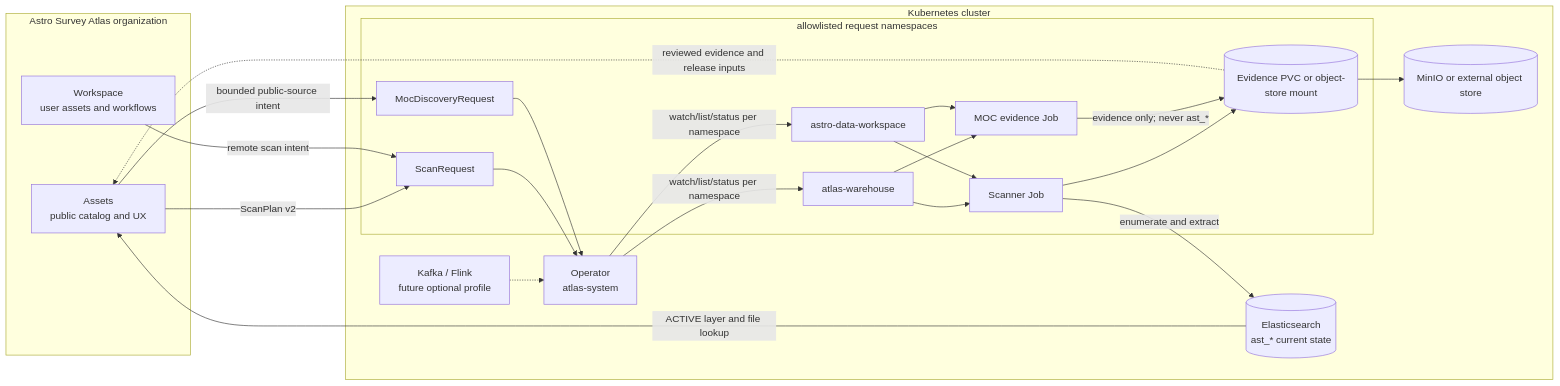
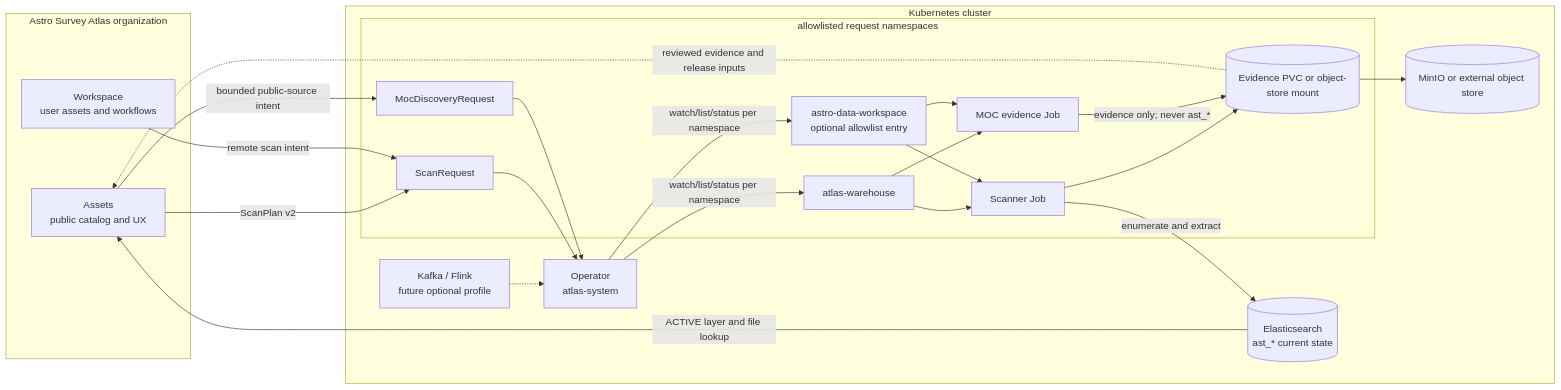
The diagram in README.md (Astro-Survey-Atlas/Warehouse), drawn with Mermaid before and after one commit. The commit also changed other lines of this file and 77 other files, not shown here.

````diff
--- a/README.md
+++ b/README.md
@@ -53,42 +54,42 @@
 ```mermaid
 flowchart LR
   subgraph org[Astro Survey Atlas organization]
     assets[Assets<br/>public catalog and UX]
     workspace[Workspace<br/>user assets and workflows]
   end
 
   subgraph cluster[Kubernetes cluster]
     operator[Operator<br/>atlas-system]
     subgraph callers[allowlisted request namespaces]
       warehouseNS[atlas-warehouse]
-      workspaceNS[astro-data-workspace]
+      workspaceNS[astro-data-workspace<br/>optional allowlist entry]
       scan[ScanRequest]
       moc[MocDiscoveryRequest]
       scanjob[Scanner Job]
       mocjob[MOC evidence Job]
       evidence[(Evidence PVC or object-store mount)]
     end
     es[(Elasticsearch<br/>ast_* current state)]
     minio[(MinIO or external object store)]
     optional[Kafka / Flink<br/>future optional profile]
   end
 
   assets -->|ScanPlan v2| scan
   workspace -->|remote scan intent| scan
   assets -->|bounded public-source intent| moc
   scan --> operator
   moc --> operator
   operator -->|watch/list/status per namespace| warehouseNS
   operator -->|watch/list/status per namespace| workspaceNS
   warehouseNS --> scanjob
   workspaceNS --> scanjob
   warehouseNS --> mocjob
   workspaceNS --> mocjob
   scanjob -->|enumerate and extract| es
   scanjob --> evidence
   mocjob -->|evidence only; never ast_*| evidence
   evidence --> minio
   es -->|ACTIVE layer and file lookup| assets
   evidence -.->|reviewed evidence and release inputs| assets
   optional -.-> operator
 ```
````
